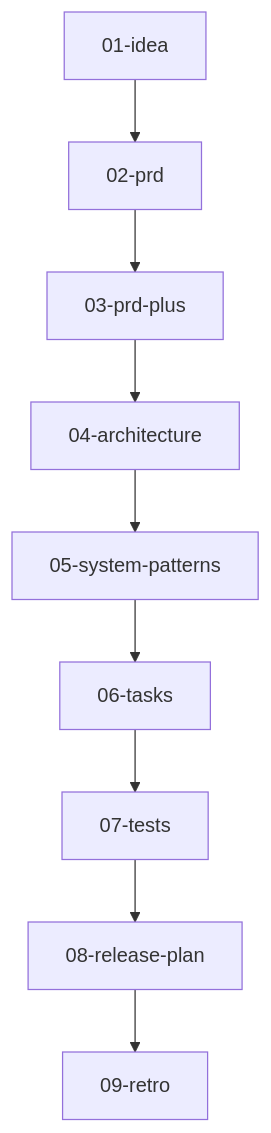
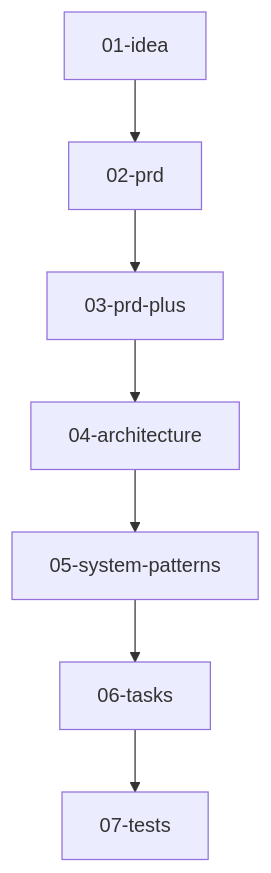
Before and after one commit to osbornesec/ai-sdlc-oz: the diagram in README.md, drawn with Mermaid. The commit also changed other lines of this file and 13 other files, not shown here.

````diff
--- a/README.md
+++ b/README.md
@@ -88,6 +117,5 @@
-``` mermaid
+```mermaid
 flowchart TD
-  I[01-idea]-->P1[02-prd]-->P2[03-prd-plus]-->A[04-architecture]
-  A-->SP[05-system-patterns]-->T[06-tasks]-->TESTS[07-tests]
-  TESTS-->RL[08-release-plan]-->R[09-retro]
+  I[01‑idea]-->P1[02‑prd]-->P2[03‑prd‑plus]-->A[04‑architecture]
+  A-->SP[05‑system‑patterns]-->T[06‑tasks]-->TESTS[07‑tests]
 ```
````
